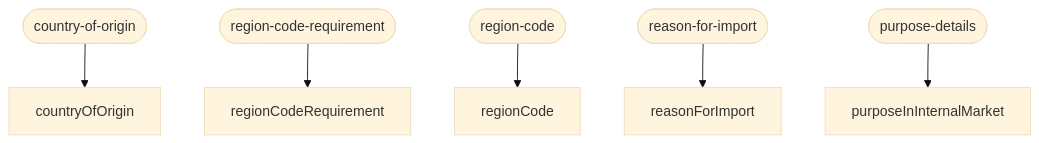
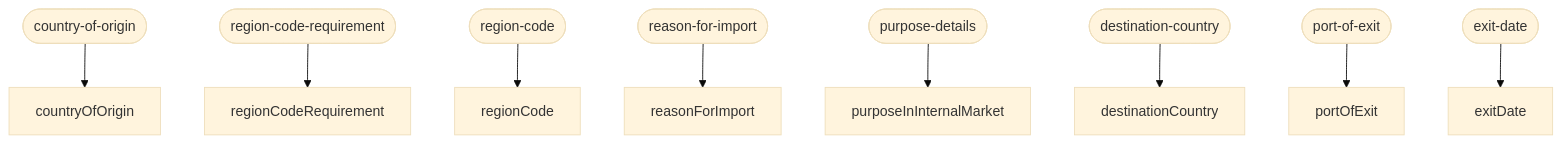
The second of 7 diagrams in prototypes/journey-config-spikes/EUDPA-249-flow-layer/MODEL.md (DEFRA/trade-imports-animals-frontend), drawn with Mermaid (base theme) before and after one commit. The commit also changed other lines of this file and 14 other files, not shown here.

First line of the commit message:
feat(EUDPA-288): reason-gated destinationCountry / portOfExit / exitDate

````diff
--- a/prototypes/journey-config-spikes/EUDPA-249-flow-layer/MODEL.md
+++ b/prototypes/journey-config-spikes/EUDPA-249-flow-layer/MODEL.md
@@ -103,13 +109,19 @@
 ```mermaid
 graph TD
   country-of-origin([country-of-origin])
   region-code-requirement([region-code-requirement])
   region-code([region-code])
   reason-for-import([reason-for-import])
   purpose-details([purpose-details])
+  destination-country([destination-country])
+  port-of-exit([port-of-exit])
+  exit-date([exit-date])
   country-of-origin --> countryOfOrigin
   region-code-requirement --> regionCodeRequirement
   region-code --> regionCode
   reason-for-import --> reasonForImport
   purpose-details --> purposeInInternalMarket
+  destination-country --> destinationCountry
+  port-of-exit --> portOfExit
+  exit-date --> exitDate
 ```
````
